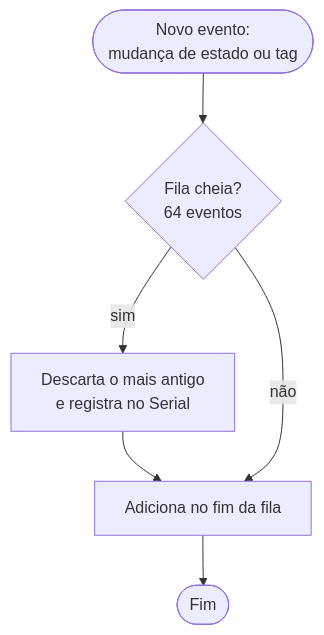
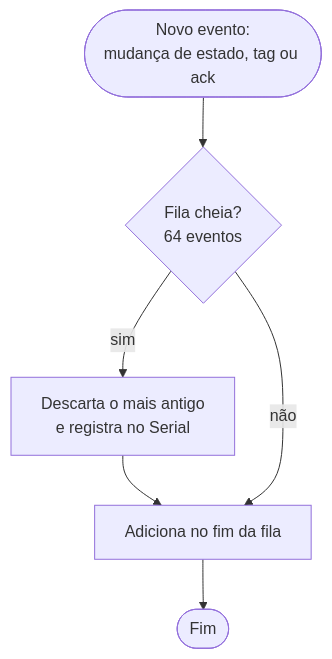
The eighth of 9 diagrams in docs/fluxograma-firmware.md (VynicyusCandido/iotHorangoTango), drawn with Mermaid before and after one commit. The commit also changed other lines of this file and 6 other files, not shown here.

````diff
--- a/docs/fluxograma-firmware.md
+++ b/docs/fluxograma-firmware.md
@@ -155,7 +203,7 @@
 ```mermaid
 flowchart TD
-    A([Novo evento:<br/>mudança de estado ou tag]) --> B{Fila cheia?<br/>64 eventos}
+    A([Novo evento:<br/>mudança de estado, tag ou ack]) --> B{Fila cheia?<br/>64 eventos}
     B -- sim --> B1["Descarta o mais antigo<br/>e registra no Serial"] --> C
     B -- não --> C[Adiciona no fim da fila]
     C --> Z([Fim])
 ```
````
